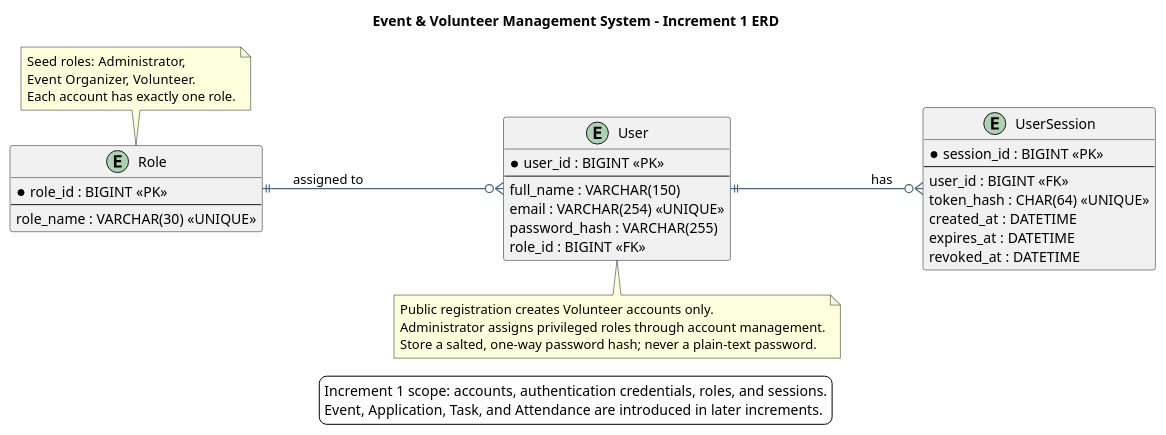
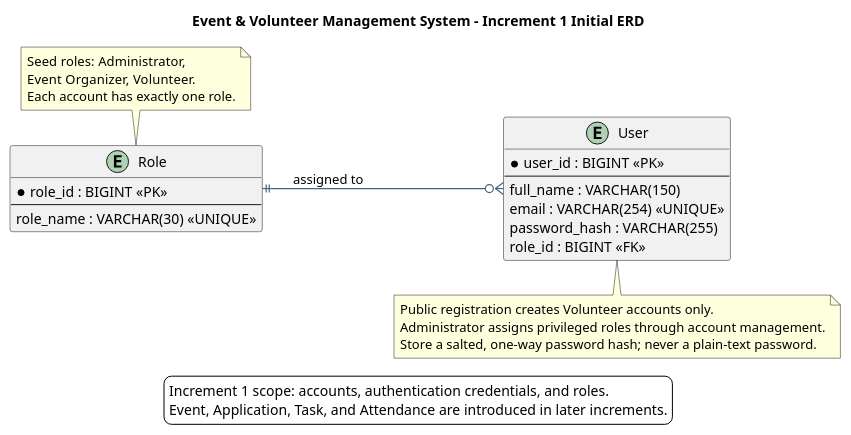
The diagram in uml/erd_increment1.puml (LeenQasem/SE-project-group8), drawn with PlantUML before and after one commit. The commit also changed 1 other file, not shown here.

```diff
--- a/uml/erd_increment1.puml
+++ b/uml/erd_increment1.puml
@@ -1,62 +1,51 @@
-@startuml INCREMENT_1_ERD
-title Event & Volunteer Management System - Increment 1 ERD
+@startuml Increment1InitialERD
+title Event & Volunteer Management System - Increment 1 Initial ERD
 
 left to right direction
 skinparam backgroundColor #FFFFFF
 skinparam shadowing false
 skinparam defaultFontName Arial
 skinparam ArrowColor #496579
 skinparam ArrowThickness 1.2
 skinparam entity {
   BackgroundColor #F5F8FC
   BorderColor #36536F
   FontColor #172B3A
   FontSize 13
 }
 
 entity "Role" as ROLE {
   * role_id : BIGINT <<PK>>
   --
   role_name : VARCHAR(30) <<UNIQUE>>
 }
 
 entity "User" as USER {
   * user_id : BIGINT <<PK>>
   --
   full_name : VARCHAR(150)
   email : VARCHAR(254) <<UNIQUE>>
   password_hash : VARCHAR(255)
   role_id : BIGINT <<FK>>
 }
 
-entity "UserSession" as USER_SESSION {
-  * session_id : BIGINT <<PK>>
-  --
-  user_id : BIGINT <<FK>>
-  token_hash : CHAR(64) <<UNIQUE>>
-  created_at : DATETIME
-  expires_at : DATETIME
-  revoked_at : DATETIME
-}
-
 ROLE ||--o{ USER : assigned to
-USER ||--o{ USER_SESSION : has
 
 note top of ROLE
   Seed roles: Administrator,
   Event Organizer, Volunteer.
   Each account has exactly one role.
 end note
 
 note bottom of USER
   Public registration creates Volunteer accounts only.
   Administrator assigns privileged roles through account management.
   Store a salted, one-way password hash; never a plain-text password.
 end note
 
 legend bottom
-  Increment 1 scope: accounts, authentication credentials, roles, and sessions.
+  Increment 1 scope: accounts, authentication credentials, and roles.
   Event, Application, Task, and Attendance are introduced in later increments.
 endlegend
 
 @enduml
```
